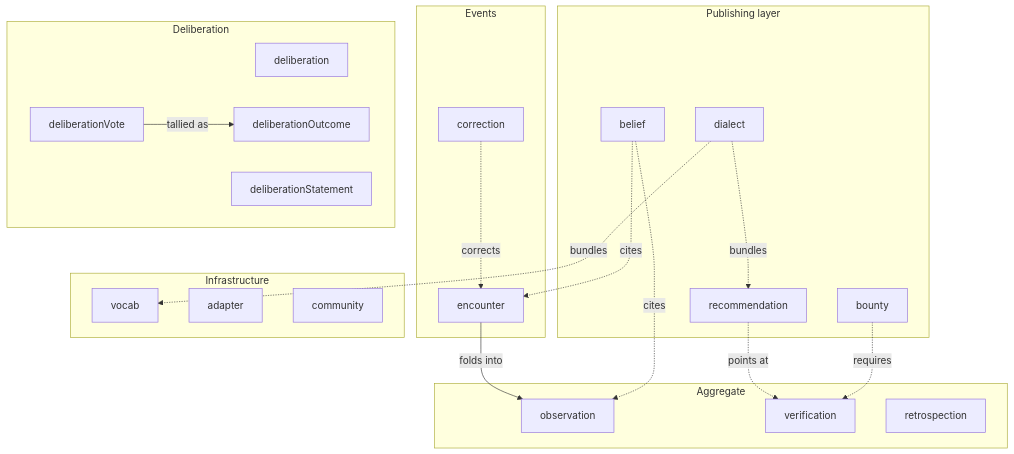
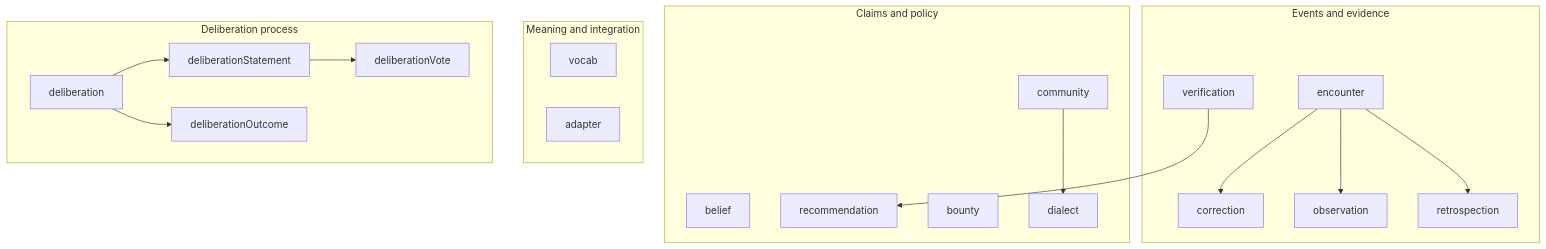
The diagram in docs/book/src/concepts/lexicon-family.md (idiolect-dev/idiolect), drawn with Mermaid before and after one commit. The commit also changed other lines of this file and 97 other files, not shown here.

````diff
--- a/docs/book/src/concepts/lexicon-family.md
+++ b/docs/book/src/concepts/lexicon-family.md
@@ -7,39 +7,36 @@
 ```mermaid
 flowchart TB
-    subgraph publishing["Publishing layer"]
-        REC[recommendation]
-        BEL[belief]
-        DIA[dialect]
-        BOU[bounty]
-    end
-    subgraph events["Events"]
+    subgraph evidence["Events and evidence"]
         ENC[encounter]
         COR[correction]
-    end
-    subgraph aggregate["Aggregate"]
         OBS[observation]
         VER[verification]
         RET[retrospection]
     end
-    subgraph deliberation["Deliberation"]
+    subgraph policy["Claims and policy"]
+        BEL[belief]
+        REC[recommendation]
+        BOU[bounty]
+        DIA[dialect]
+        COM[community]
+    end
+    subgraph meaning["Meaning and integration"]
+        VOC[vocab]
+        ADA[adapter]
+    end
+    subgraph process["Deliberation process"]
         DEL[deliberation]
         DST[deliberationStatement]
         DVO[deliberationVote]
         DOU[deliberationOutcome]
     end
-    subgraph infrastructure["Infrastructure"]
-        VOC[vocab]
-        ADA[adapter]
-        COM[community]
-    end
 
-    ENC -->|folds into| OBS
-    DVO -->|tallied as| DOU
-    REC -.points at.-> VER
-    BOU -.requires.-> VER
-    BEL -.cites.-> ENC
-    BEL -.cites.-> OBS
-    COR -.corrects.-> ENC
-    DIA -.bundles.-> REC
-    DIA -.bundles.-> VOC
+    ENC --> COR
+    ENC --> OBS
+    ENC --> RET
+    VER --> REC
+    COM --> DIA
+    DEL --> DST
+    DST --> DVO
+    DEL --> DOU
 ```
````
